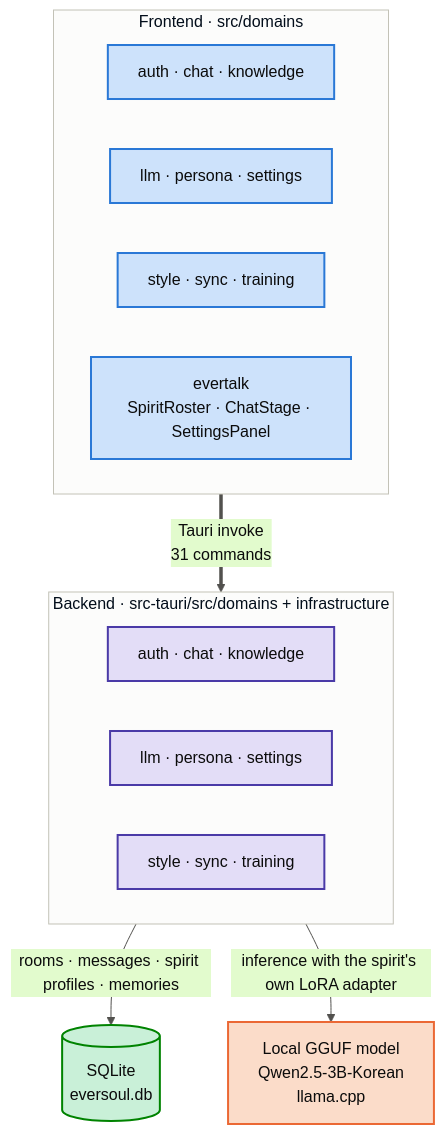
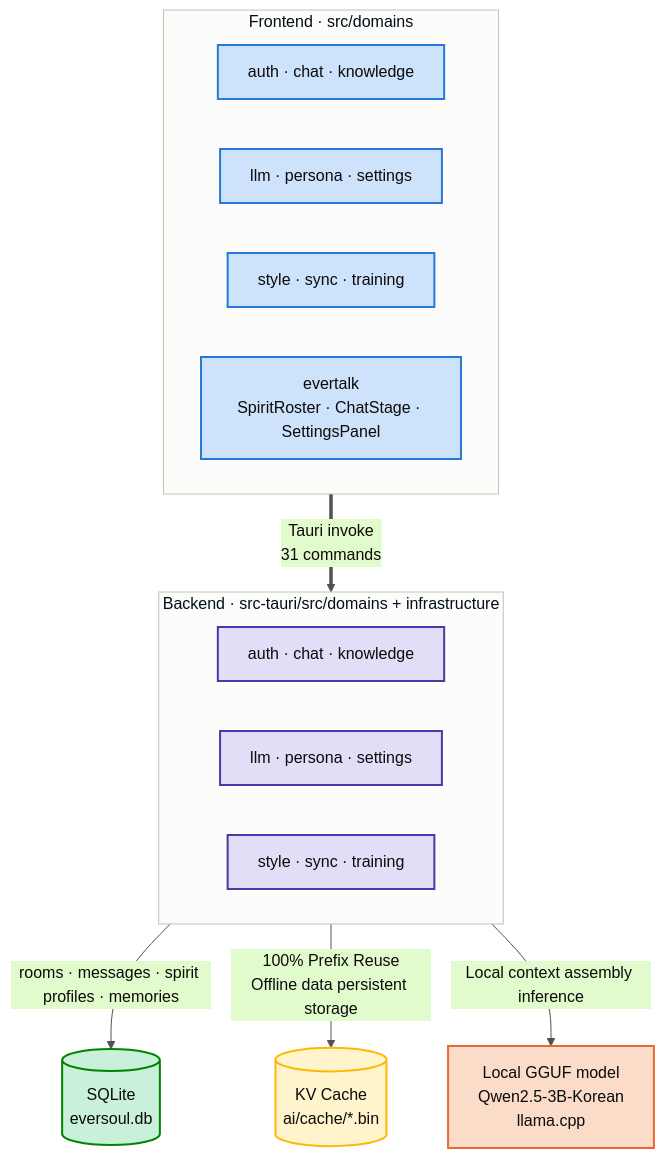
Before and after one commit to GarnetRapture/eversoul-ai-chat: the diagram in README.en.md, drawn with Mermaid. The commit also changed other lines of this file and 28 other files, not shown here.

````diff
--- a/README.en.md
+++ b/README.en.md
@@ -211,33 +211,36 @@
 ```mermaid
 %%{init: {'theme': 'base', 'themeVariables': {'primaryColor': '#cde2fb', 'primaryBorderColor': '#2a78d6', 'primaryTextColor': '#0b0b0b', 'lineColor': '#52514e', 'clusterBkg': '#fcfcfb', 'clusterBorder': '#c3c2b7', 'fontFamily': 'system-ui, -apple-system, Segoe UI, sans-serif'}}}%%
 flowchart TB
     subgraph FE["Frontend · src/domains"]
         direction LR
         FE1["auth · chat · knowledge"]
         FE2["llm · persona · settings"]
         FE3["style · sync · training"]
         FE4["evertalk<br/>SpiritRoster · ChatStage · SettingsPanel"]
     end
 
     FE == "Tauri invoke<br/>31 commands" ==> BE
 
     subgraph BE["Backend · src-tauri/src/domains + infrastructure"]
         direction LR
         BE1["auth · chat · knowledge"]
         BE2["llm · persona · settings"]
         BE3["style · sync · training"]
     end
 
     BE -- "rooms · messages · spirit profiles · memories" --> DB[("SQLite<br/>eversoul.db")]
-    BE -- "inference with the spirit's own LoRA adapter" --> LLM["Local GGUF model<br/>Qwen2.5-3B-Korean<br/>llama.cpp"]
+    BE -- "100% Prefix Reuse<br/>Offline data persistent storage" --> CACHE[("KV Cache<br/>ai/cache/*.bin")]
+    BE -- "Local context assembly inference" --> LLM["Local GGUF model<br/>Qwen2.5-3B-Korean<br/>llama.cpp"]
 
     classDef feStyle fill:#cde2fb,stroke:#2a78d6,stroke-width:2px,color:#0b0b0b
     classDef beStyle fill:#e3ddf7,stroke:#4a3aa7,stroke-width:2px,color:#0b0b0b
     classDef dbStyle fill:#c9f0d8,stroke:#008300,stroke-width:2px,color:#0b0b0b
     classDef llmStyle fill:#fbdcc9,stroke:#eb6834,stroke-width:2px,color:#0b0b0b
+    classDef cacheStyle fill:#fff4cc,stroke:#ffb703,stroke-width:2px,color:#0b0b0b
 
     class FE1,FE2,FE3,FE4 feStyle
     class BE1,BE2,BE3 beStyle
     class DB dbStyle
     class LLM llmStyle
+    class CACHE cacheStyle
 ```
````
